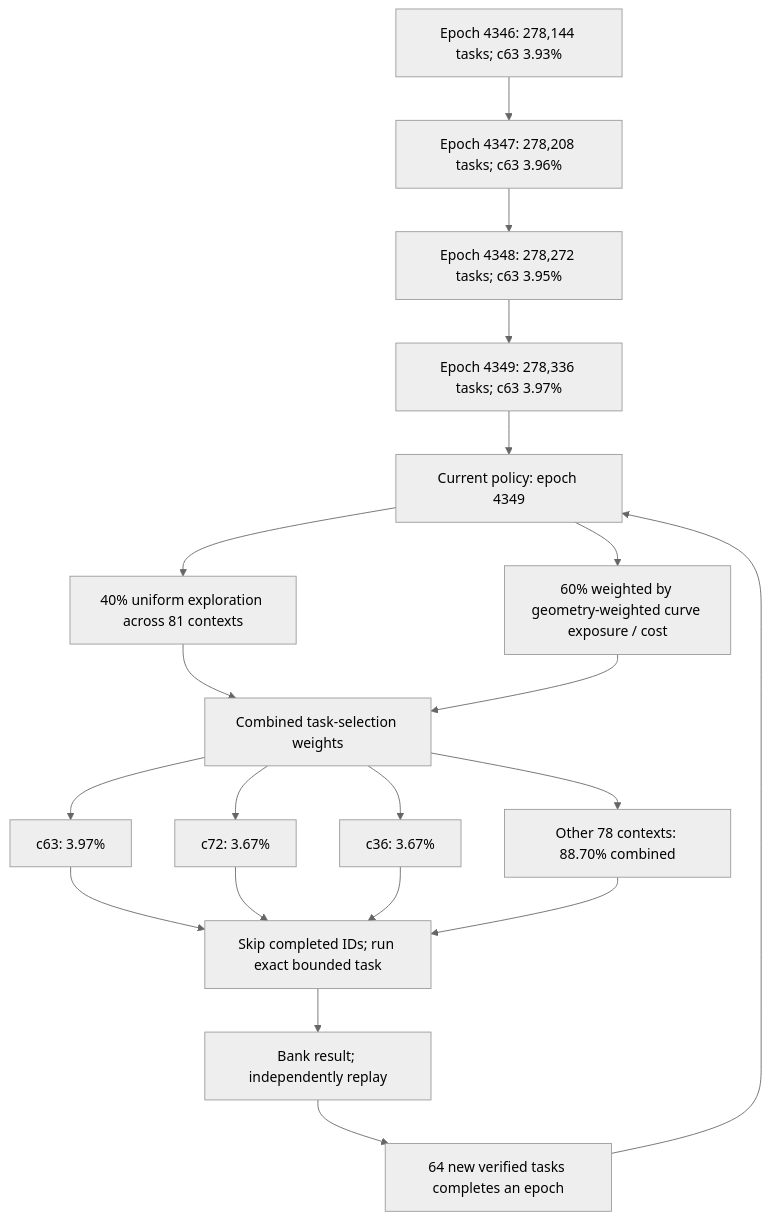
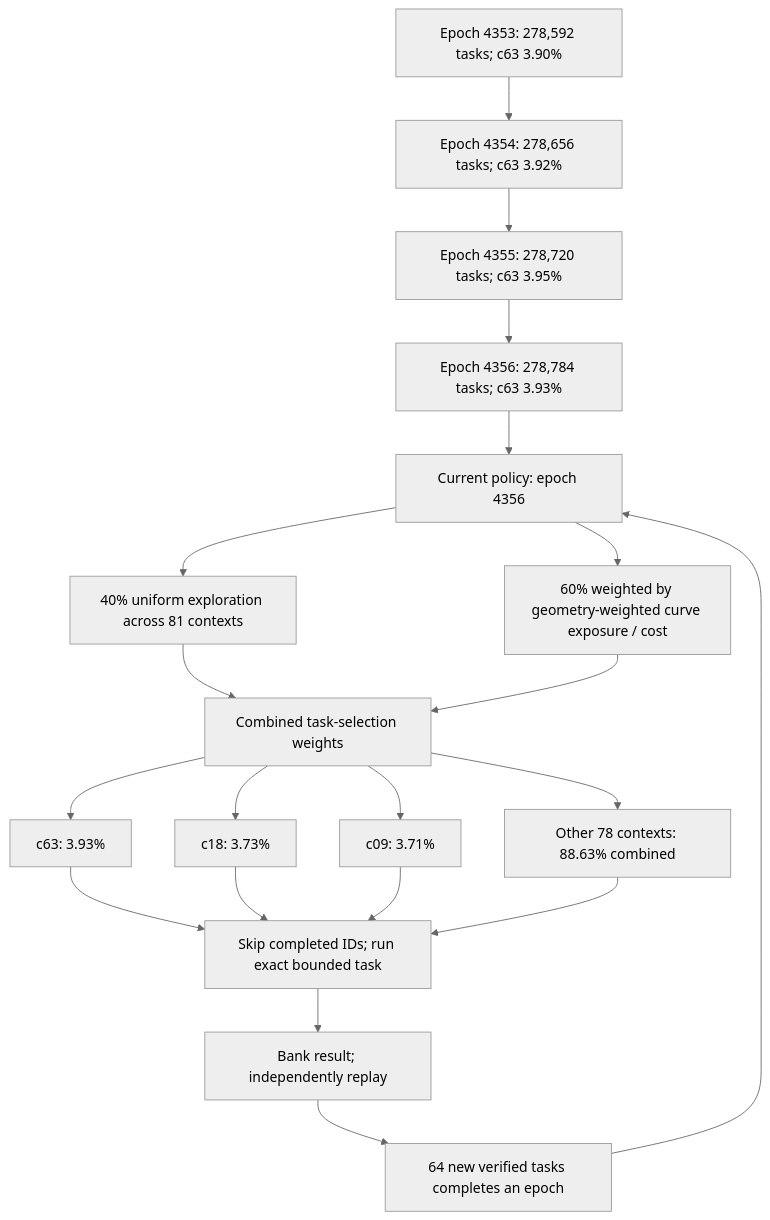
Before and after one commit to Kuberwastaken/math-gambling: the first of 3 diagrams in README.md, drawn with Mermaid (neutral theme). The commit also changed other lines of this file and 4624 other files, not shown here.

````diff
--- a/README.md
+++ b/README.md
@@ -60,27 +60,27 @@
 ```mermaid
 flowchart TD
-    H0["Epoch 4346: 278,144 tasks; c63 3.93%"]
-    H1["Epoch 4347: 278,208 tasks; c63 3.96%"]
+    H0["Epoch 4353: 278,592 tasks; c63 3.90%"]
+    H1["Epoch 4354: 278,656 tasks; c63 3.92%"]
     H0 --> H1
-    H2["Epoch 4348: 278,272 tasks; c63 3.95%"]
+    H2["Epoch 4355: 278,720 tasks; c63 3.95%"]
     H1 --> H2
-    H3["Epoch 4349: 278,336 tasks; c63 3.97%"]
+    H3["Epoch 4356: 278,784 tasks; c63 3.93%"]
     H2 --> H3
-    Policy["Current policy: epoch 4349"]
+    Policy["Current policy: epoch 4356"]
     H3 --> Policy
     Policy --> Explore["40% uniform exploration across 81 contexts"]
     Policy --> Cost["60% weighted by geometry-weighted curve exposure / cost"]
     Explore --> Mix["Combined task-selection weights"]
     Cost --> Mix
-    Mix --> C0["c63: 3.97%"]
-    Mix --> C1["c72: 3.67%"]
-    Mix --> C2["c36: 3.67%"]
-    Mix --> Rest["Other 78 contexts: 88.70% combined"]
+    Mix --> C0["c63: 3.93%"]
+    Mix --> C1["c18: 3.73%"]
+    Mix --> C2["c09: 3.71%"]
+    Mix --> Rest["Other 78 contexts: 88.63% combined"]
     C0 --> Check["Skip completed IDs; run exact bounded task"]
     C1 --> Check
     C2 --> Check
     Rest --> Check
     Check --> Replay["Bank result; independently replay"]
     Replay --> Gate["64 new verified tasks completes an epoch"]
     Gate --> Policy
 ```
````
